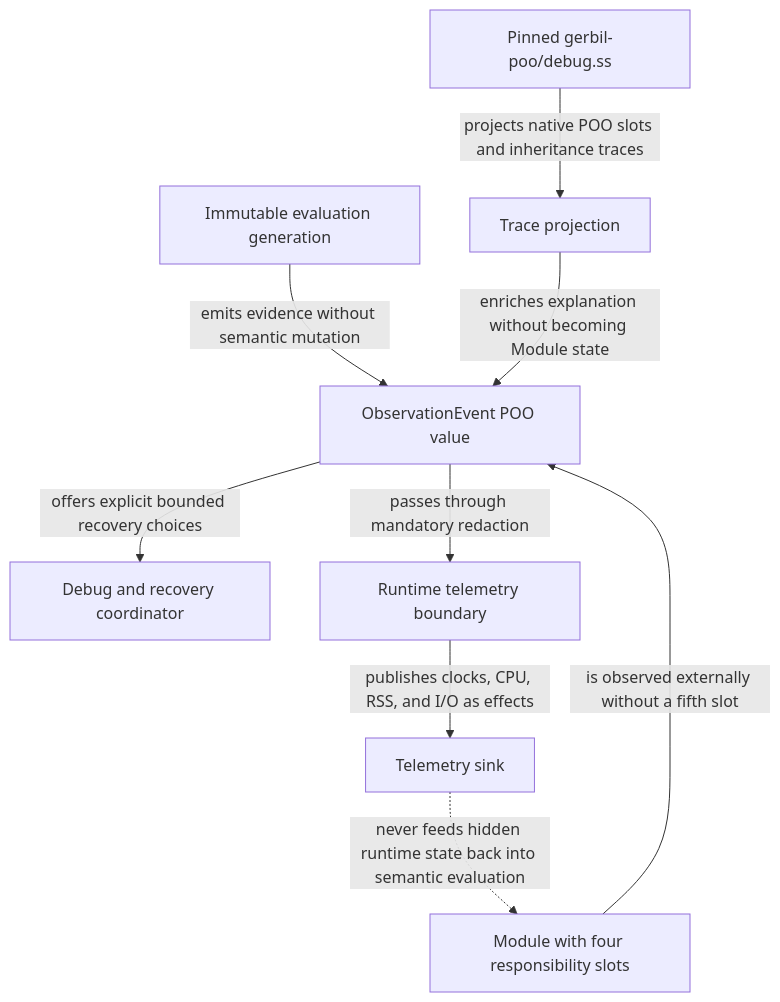
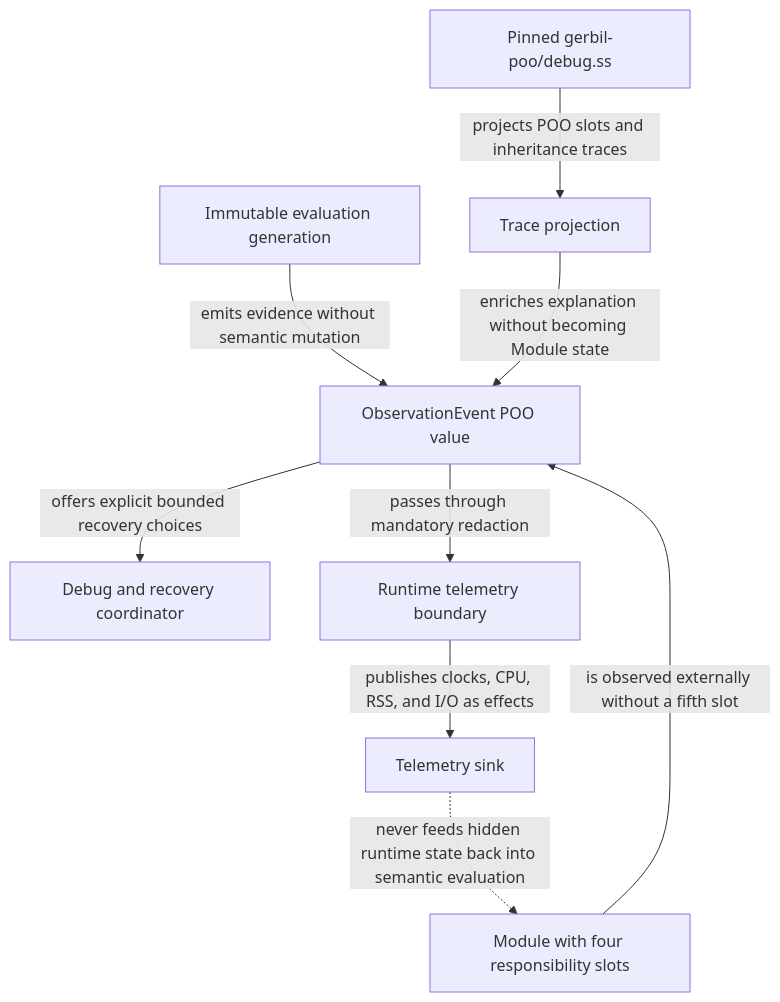
The fourth of 4 diagrams in module-system/design/45-120-03-module-debug-observability-recovery-and-telemetry-plane-governance.org (tao3k/gebril-yuanxu), drawn with Mermaid before and after one commit. The commit also changed other lines of this file and 1469 other files, not shown here.

```diff
--- a/module-system/design/45-120-03-module-debug-observability-recovery-and-telemetry-plane-governance.org
+++ b/module-system/design/45-120-03-module-debug-observability-recovery-and-telemetry-plane-governance.org
@@ -479,11 +479,11 @@
 #+begin_src mermaid
 flowchart TD
-  D["Pinned gerbil-poo/debug.ss"] -->|"projects native POO slots and inheritance traces"| P["Trace projection"]
+  D["Pinned gerbil-poo/debug.ss"] -->|"projects POO slots and inheritance traces"| P["Trace projection"]
   G["Immutable evaluation generation"] -->|"emits evidence without semantic mutation"| E["ObservationEvent POO value"]
   P -->|"enriches explanation without becoming Module state"| E
   E -->|"offers explicit bounded recovery choices"| R["Debug and recovery coordinator"]
   E -->|"passes through mandatory redaction"| X["Runtime telemetry boundary"]
   X -->|"publishes clocks, CPU, RSS, and I/O as effects"| S["Telemetry sink"]
   M["Module with four responsibility slots"] -->|"is observed externally without a fifth slot"| E
   S -.->|"never feeds hidden runtime state back into semantic evaluation"| M
 #+end_src
```
